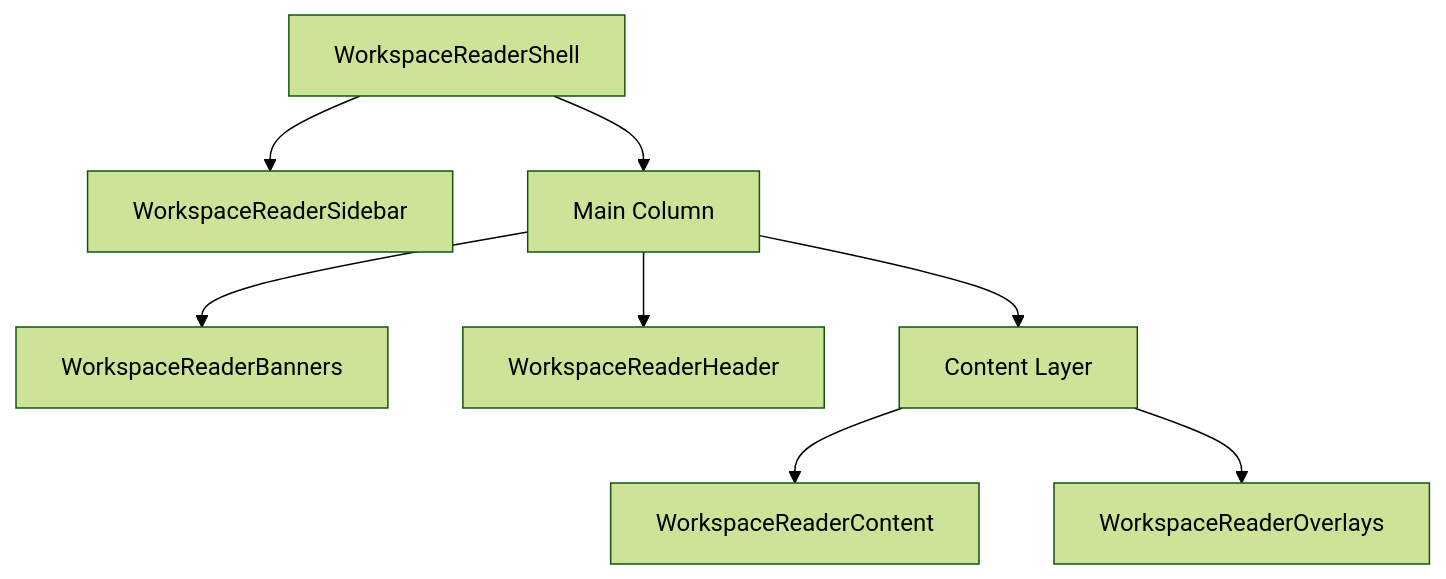
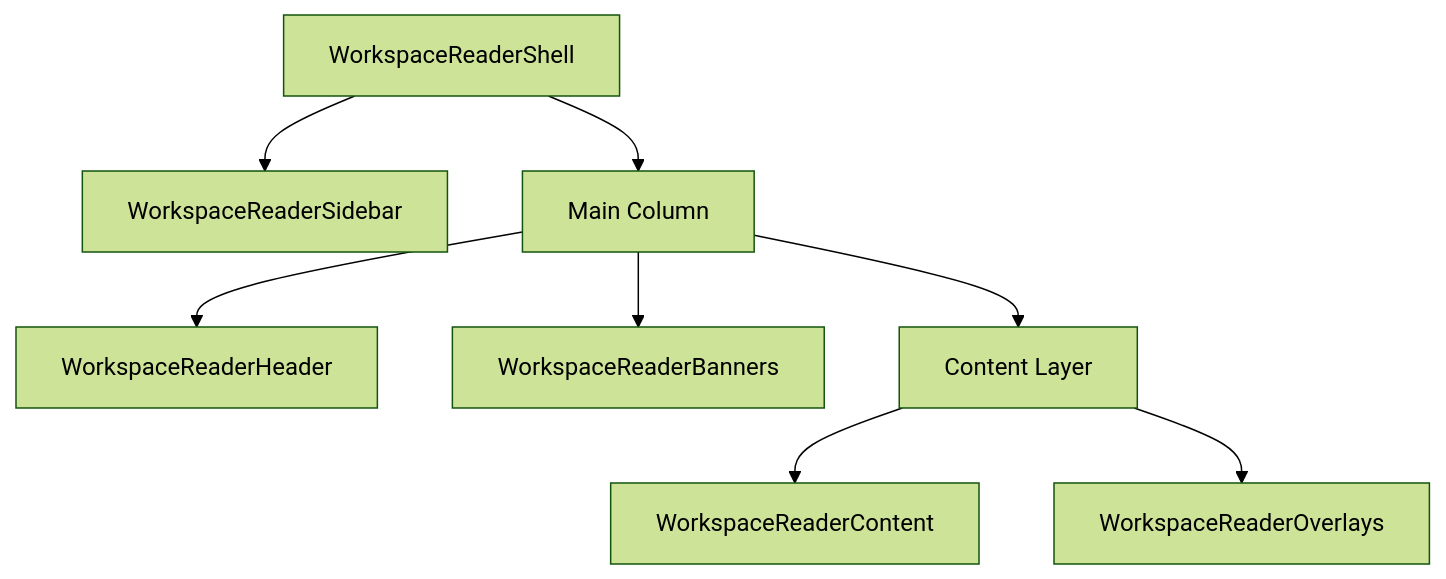
Before and after one commit to immagiov4/Nous: the first of 3 diagrams in .cubic/wiki/05-section-frontend/01-p-reader-shell.md, drawn with Mermaid (forest theme). The commit also changed other lines of this file and 3 other files, not shown here.

Commit message:
fix(reader): reserve header space above source banner

````diff
--- a/.cubic/wiki/05-section-frontend/01-p-reader-shell.md
+++ b/.cubic/wiki/05-section-frontend/01-p-reader-shell.md
@@ -34,10 +34,10 @@
 ```mermaid
 flowchart TD
     Shell[WorkspaceReaderShell] --> Sidebar[WorkspaceReaderSidebar]
     Shell --> MainCol[Main Column]
+    MainCol --> Header[WorkspaceReaderHeader]
     MainCol --> Banners[WorkspaceReaderBanners]
-    MainCol --> Header[WorkspaceReaderHeader]
     MainCol --> ContentLayer[Content Layer]
     ContentLayer --> Content[WorkspaceReaderContent]
     ContentLayer --> Overlays[WorkspaceReaderOverlays]
 ```
````
